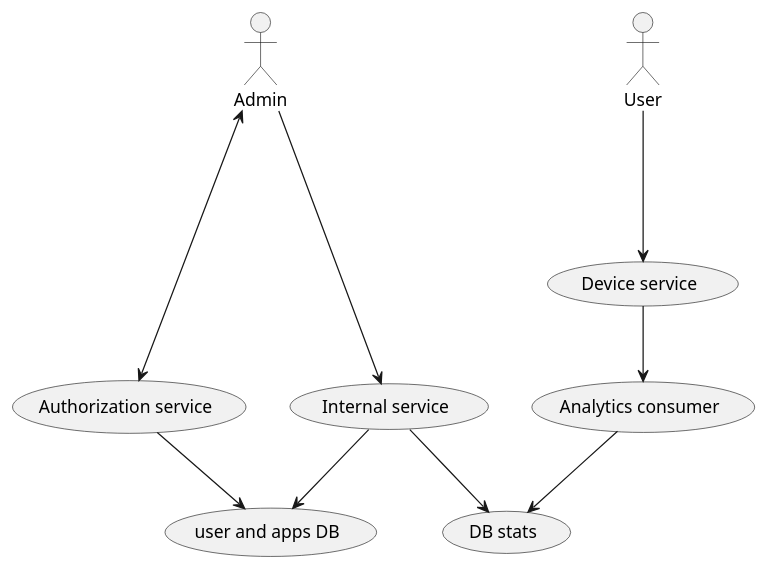
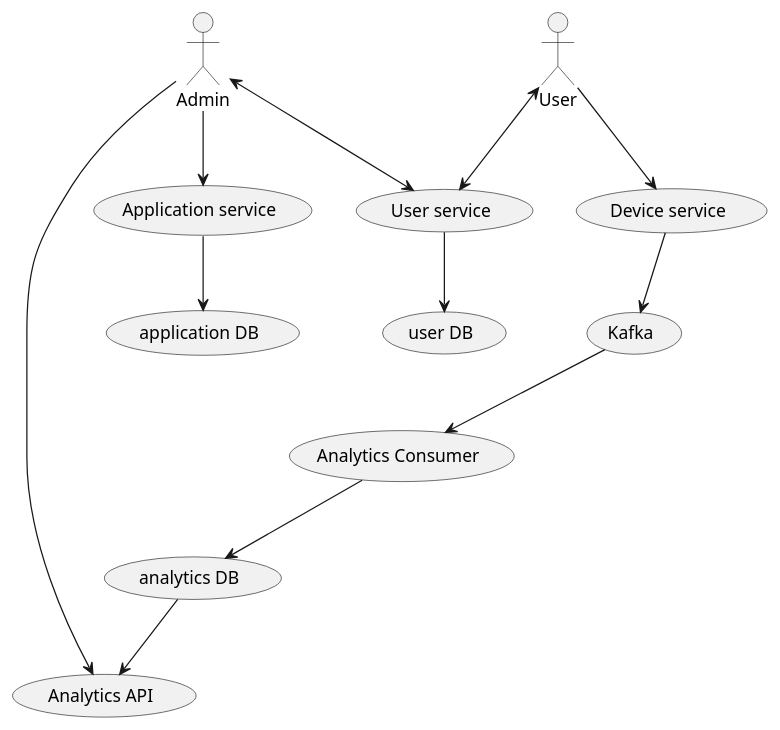
The diagram in application.puml (Anya97/metrica), drawn with PlantUML before and after one commit.

Commit message:
fixed app md

```diff
--- a/application.puml
+++ b/application.puml
@@ -1,21 +1,29 @@
 @startuml
 
 :Admin: as A
 :User: as U
 
-(Authorization service) as AS
-(user and apps DB) as UDB
-(Internal service) as IS
+(User service) as US
+(Application service) as AS
+(user DB) as UDB
+(application DB) as ADB
+(Analytics API) as AA
 (Device service) as DS
-(DB stats) as SDB
-(Analytics consumer) as AC
+(Kafka) as K
+(Analytics Consumer) as AC
+(analytics DB) as ANDB
 
-A <----> AS
-AS --> UDB
-A ----> IS
-IS --> UDB
-U ---> DS
-IS --> SDB
-AC --> SDB
-DS --> AC
+
+A <--> US
+US --> UDB
+A --> AS
+AS --> ADB
+A --> AA
+U <--> US
+U --> DS
+DS --> K
+K --> AC
+AC --> ANDB
+ANDB --> AA
+
 @enduml
```
